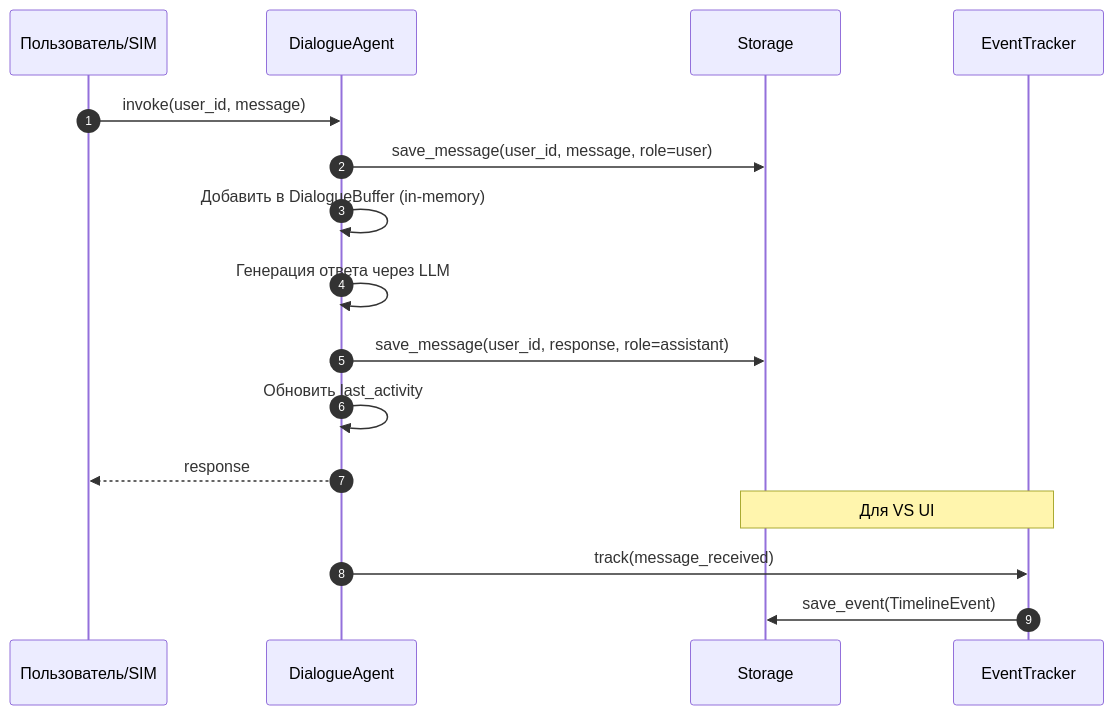
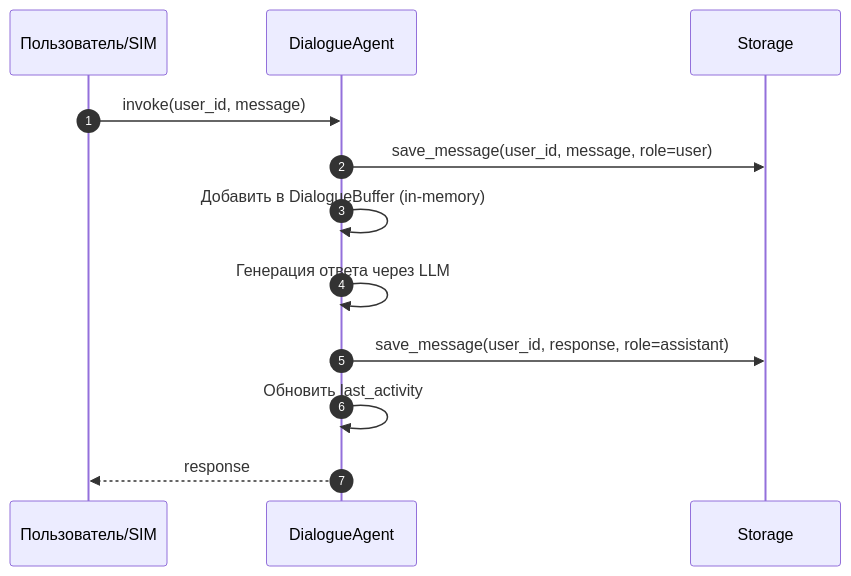
The first of 13 diagrams in 00_docs/architecture/runtime_architecture.md (Dieugene/team-assistant), drawn with Mermaid before and after one commit. The commit also changed other lines of this file, not shown here.

First line of the commit message:
Refine runtime architecture

````diff
--- a/00_docs/architecture/runtime_architecture.md
+++ b/00_docs/architecture/runtime_architecture.md
@@ -107,20 +101,15 @@
 ```mermaid
 sequenceDiagram
     autonumber
     participant User as Пользователь/SIM
     participant DA as DialogueAgent
     participant Storage as Storage
-    participant ET as EventTracker
 
     User->>DA: invoke(user_id, message)
     DA->>Storage: save_message(user_id, message, role=user)
     DA->>DA: Добавить в DialogueBuffer (in-memory)
     DA->>DA: Генерация ответа через LLM
     DA->>Storage: save_message(user_id, response, role=assistant)
     DA->>DA: Обновить last_activity
     DA-->>User: response
-
-    Note over ET,Storage: Для VS UI
-    DA->>ET: track(message_received)
-    ET->>Storage: save_event(TimelineEvent)
 ```
````
